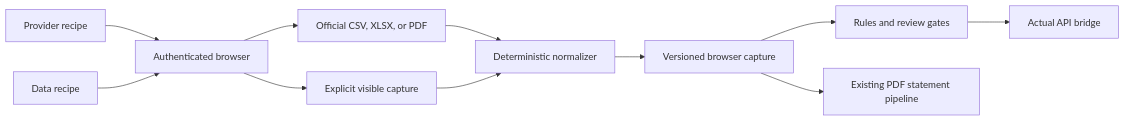
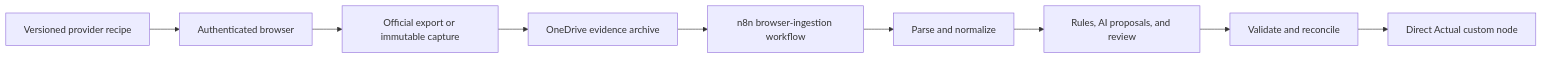
One commit to srobroek/finance-statement-tracker changed the diagram in docs/browser-ingestion.md. Above: the diagram before and after it, drawn with Mermaid. The commit also changed other lines of this file and 40 other files, not shown here.

Commit message:
Remove legacy ingestion bridge for n8n greenfield

````diff
--- a/docs/browser-ingestion.md
+++ b/docs/browser-ingestion.md
@@ -7,13 +7,11 @@
 ```mermaid
 flowchart LR
-    R[Provider recipe] --> B[Authenticated browser]
-    D[Data recipe] --> B
-    B --> A[Official CSV, XLSX, or PDF]
-    B --> V[Explicit visible capture]
-    A --> N[Deterministic normalizer]
-    V --> N
-    N --> S[Versioned browser capture]
-    S --> G[Rules and review gates]
-    G --> X[Actual API bridge]
-    S --> P[Existing PDF statement pipeline]
+    R["Versioned provider recipe"] --> B["Authenticated browser"]
+    B --> A["Official export or immutable capture"]
+    A --> O["OneDrive evidence archive"]
+    O --> N["n8n browser-ingestion workflow"]
+    N --> P["Parse and normalize"]
+    P --> G["Rules, AI proposals, and review"]
+    G --> V["Validate and reconcile"]
+    V --> X["Direct Actual custom node"]
 ```
````
